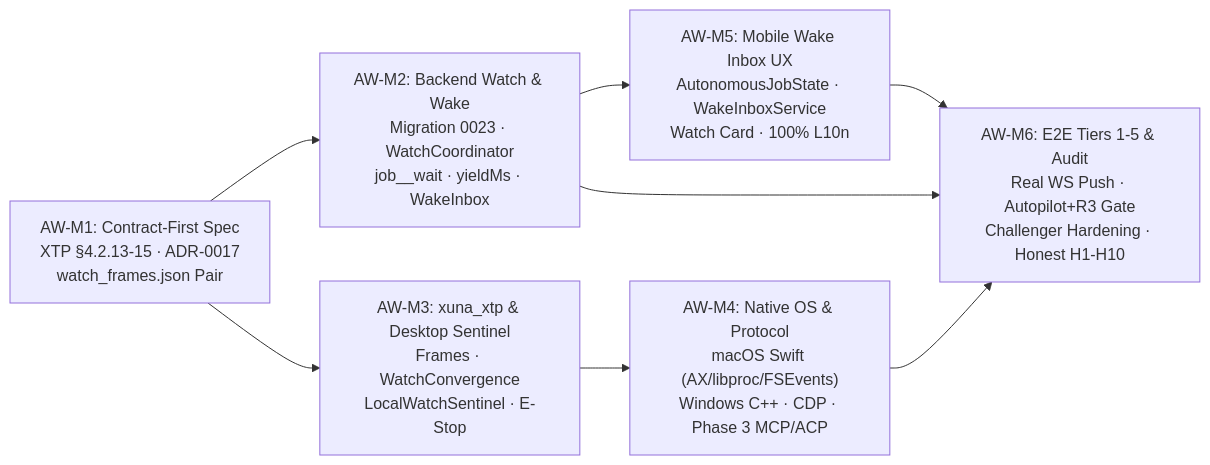
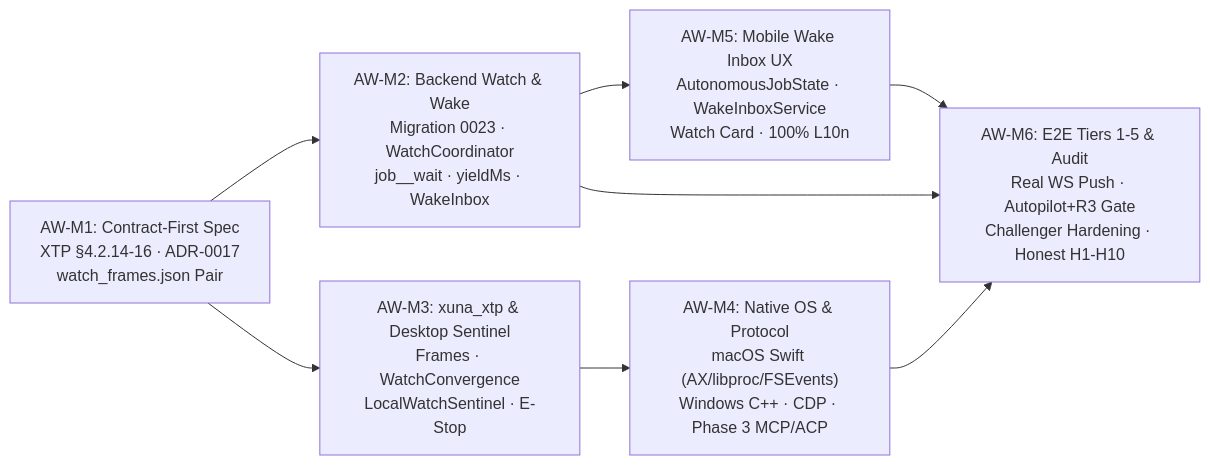
One commit to xthao28/xuna_pet changed the second of 2 diagrams in docs/architecture/XUNA_ASYNC_WATCH_AND_WAKE.md. Above: the diagram before and after it, drawn with Mermaid. The commit also changed other lines of this file and 5 other files, not shown here.

Commit message:
chore(watch): bump backend/desktop/mobile for Async Watch & Wake Wave 1 (AW-M1-M6), update XTP contract and record operational guardrails

````diff
--- a/docs/architecture/XUNA_ASYNC_WATCH_AND_WAKE.md
+++ b/docs/architecture/XUNA_ASYNC_WATCH_AND_WAKE.md
@@ -369,17 +369,17 @@
 ```mermaid
 flowchart LR
-  M1["AW-M1: Contract-First Spec<br/>XTP §4.2.13-15 · ADR-0017<br/>watch_frames.json Pair"]
+  M1["AW-M1: Contract-First Spec<br/>XTP §4.2.14-16 · ADR-0017<br/>watch_frames.json Pair"]
   M2["AW-M2: Backend Watch & Wake<br/>Migration 0023 · WatchCoordinator<br/>job__wait · yieldMs · WakeInbox"]
   M3["AW-M3: xuna_xtp & Desktop Sentinel<br/>Frames · WatchConvergence<br/>LocalWatchSentinel · E-Stop"]
   M4["AW-M4: Native OS & Protocol<br/>macOS Swift (AX/libproc/FSEvents)<br/>Windows C++ · CDP · Phase 3 MCP/ACP"]
   M5["AW-M5: Mobile Wake Inbox UX<br/>AutonomousJobState · WakeInboxService<br/>Watch Card · 100% L10n"]
   M6["AW-M6: E2E Tiers 1-5 & Audit<br/>Real WS Push · Autopilot+R3 Gate<br/>Challenger Hardening · Honest H1-H10"]
 
   M1 --> M2
   M1 --> M3
   M2 --> M5
   M3 --> M4
   M2 --> M6
   M4 --> M6
   M5 --> M6
 ```
````
